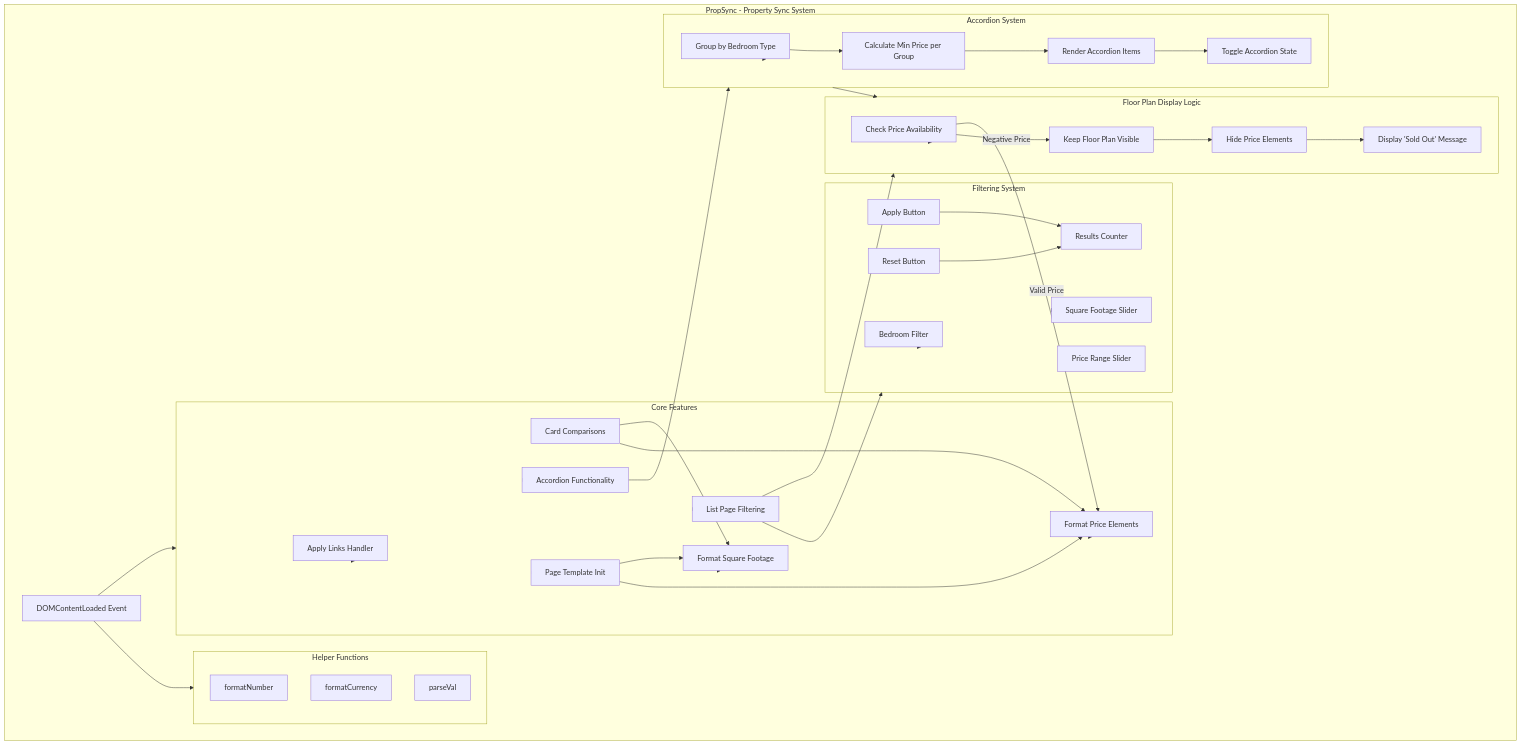
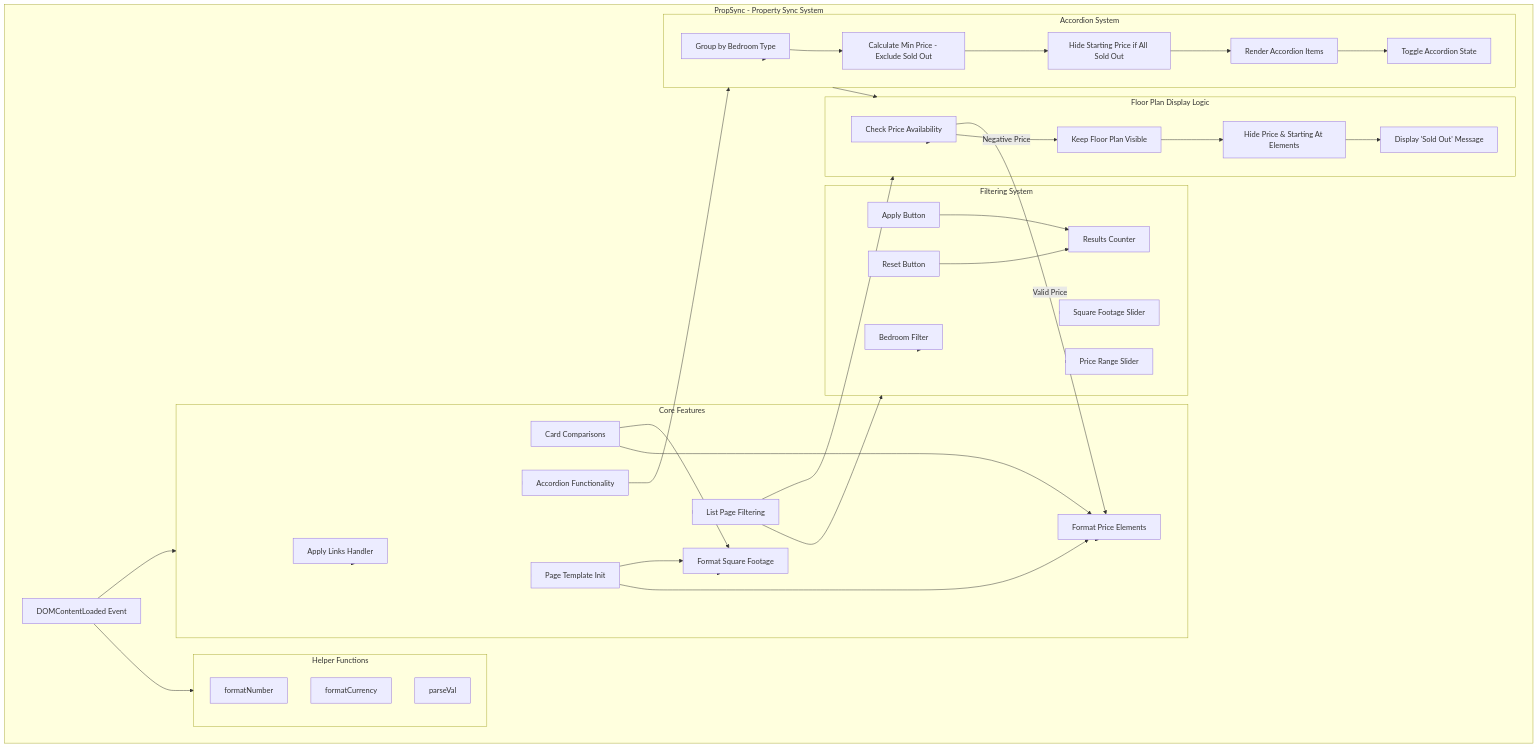
Before and after one commit to rfmarcelino/propsync: the diagram in system-diagram.md, drawn with Mermaid. The commit also changed 2 other files, not shown here.

Commit message:
refactor: enhance price handling and visibility logic - Updated system diagram for clarity on price elements and improved propsync.js to ensure only positive prices are considered in calculations, while also refining the display logic for sold-out units.

```diff
--- a/system-diagram.md
+++ b/system-diagram.md
@@ -23,7 +23,7 @@
             CheckAvail[Check Price Availability]
             KeepVisible[Keep Floor Plan Visible]
             ShowSoldOut[Display 'Sold Out' Message]
-            HidePriceEls[Hide Price Elements]
+            HidePriceEls[Hide Price & Starting At Elements]
         end
 
         subgraph FilterSystem["Filtering System"]
@@ -37,9 +37,10 @@
 
         subgraph AccordionSys["Accordion System"]
             GroupCards[Group by Bedroom Type]
-            CalcMinPrice[Calculate Min Price per Group]
+            CalcMinPrice[Calculate Min Price - Exclude Sold Out]
             RenderAccordion[Render Accordion Items]
             ToggleAccordion[Toggle Accordion State]
+            HideStartingPrice[Hide Starting Price if All Sold Out]
         end
     end
 
@@ -72,7 +73,8 @@
     Accordion --> AccordionSys
     AccordionSys --> GroupCards
     GroupCards --> CalcMinPrice
-    CalcMinPrice --> RenderAccordion
+    CalcMinPrice --> HideStartingPrice
+    HideStartingPrice --> RenderAccordion
     RenderAccordion --> ToggleAccordion
     AccordionSys --> FloorPlan
 
```
